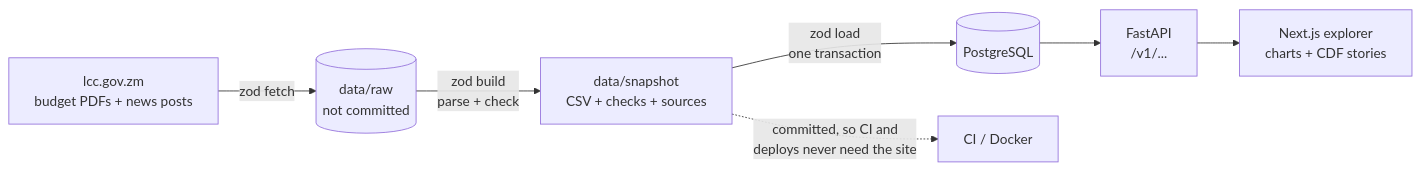
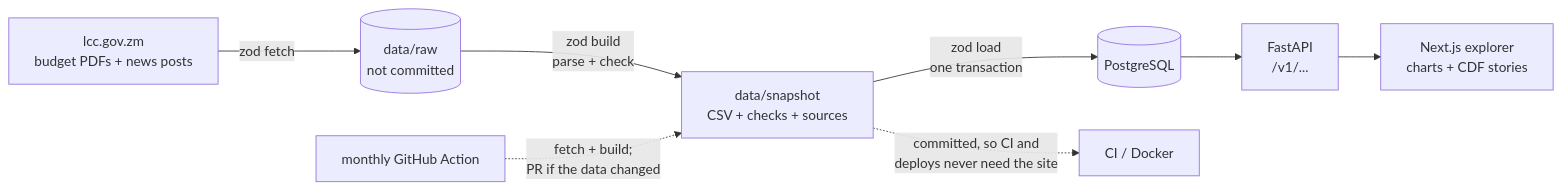
Before and after one commit to kasondebbuku-spec/zambia-open-data: the diagram in README.md, drawn with Mermaid. The commit also changed other lines of this file and 16 other files, not shown here.

First line of the commit message:
Deploy to Render + Neon, monthly data refresh, CSV downloads

````diff
--- a/README.md
+++ b/README.md
@@ -36,9 +36,10 @@
 ```mermaid
 flowchart LR
   site[lcc.gov.zm<br/>budget PDFs + news posts] -->|zod fetch| raw[(data/raw<br/>not committed)]
   raw -->|zod build<br/>parse + check| snap[data/snapshot<br/>CSV + checks + sources]
   snap -->|zod load<br/>one transaction| pg[(PostgreSQL)]
   pg --> api[FastAPI<br/>/v1/...]
   api --> web[Next.js explorer<br/>charts + CDF stories]
   snap -.->|committed, so CI and<br/>deploys never need the site| ci[CI / Docker]
+  cron[monthly GitHub Action] -.->|fetch + build;<br/>PR if the data changed| snap
 ```
````
